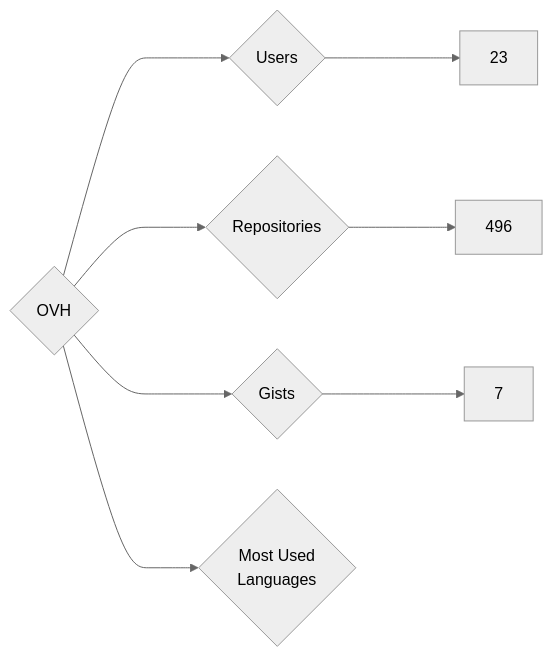
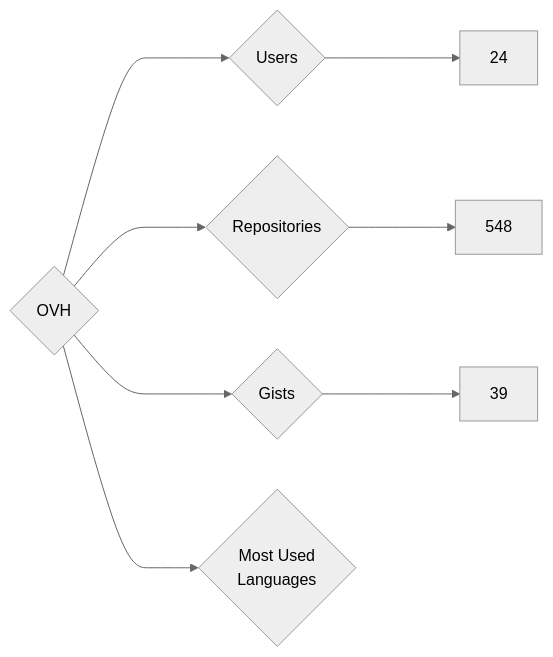
One commit to nenadzaric/insiders changed the diagram in targets/OVH/README.md. Above: the diagram before and after it, drawn with Mermaid (neutral theme). The commit also changed 1342 other files, not shown here.

````diff
--- a/targets/OVH/README.md
+++ b/targets/OVH/README.md
@@ -3,8 +3,8 @@
 ```mermaid
 graph LR
 COMPANY_NAME{OVH}
-COMPANY_NAME ---> U{Users} ---> UN[23]
-COMPANY_NAME ---> R{Repositories} ---> RN[496]
-COMPANY_NAME ---> G{Gists} ---> GN[7]
+COMPANY_NAME ---> U{Users} ---> UN[24]
+COMPANY_NAME ---> R{Repositories} ---> RN[548]
+COMPANY_NAME ---> G{Gists} ---> GN[39]
 COMPANY_NAME ---> ML{Most Used<br>Languages}
 ```
````
